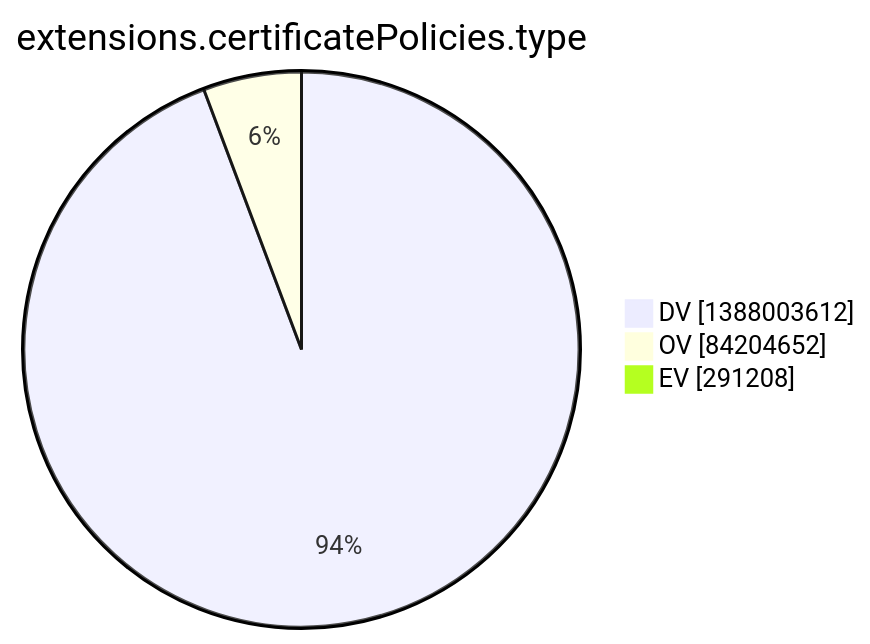
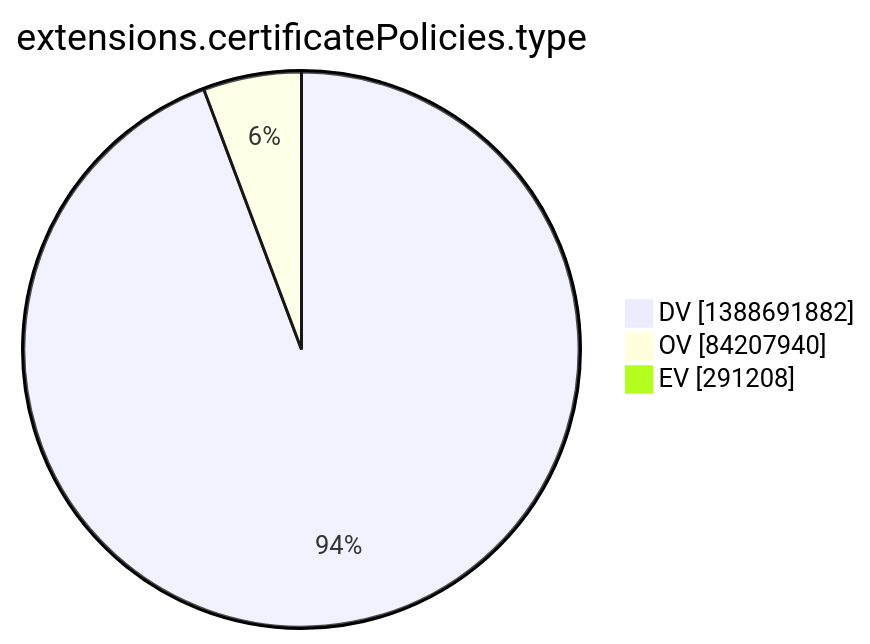
The tenth of 15 diagrams in argon2022/README.md (christiankrug/ctmonitor_visualization), drawn with Mermaid before and after one commit. The commit also changed other lines of this file, not shown here.

````diff
--- a/argon2022/README.md
+++ b/argon2022/README.md
@@ -2773,7 +2773,7 @@
 ```mermaid
 pie showData
 title extensions.certificatePolicies.type
-"DV" :1388003612
-"OV" :84204652
+"DV" :1388691882
+"OV" :84207940
 "EV" :291208
 ```
````
